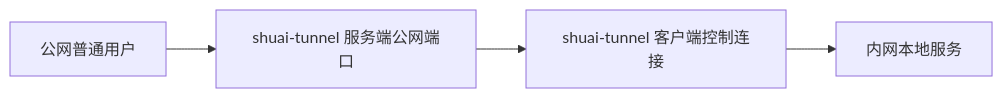
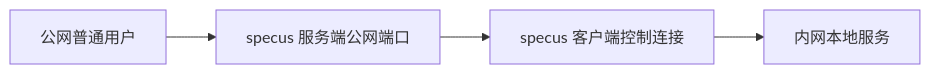
The first of 2 diagrams in docs/peer-mesh/direct-connect-hole-punching-research.md (devShuai/specus), drawn with Mermaid before and after one commit. The commit also changed other lines of this file and 26 other files, not shown here.

````diff
--- a/docs/peer-mesh/direct-connect-hole-punching-research.md
+++ b/docs/peer-mesh/direct-connect-hole-punching-research.md
@@ -28,6 +28,6 @@
 ```mermaid
 flowchart LR
-    U["公网普通用户"] --> S["shuai-tunnel 服务端公网端口"]
-    S --> C["shuai-tunnel 客户端控制连接"]
+    U["公网普通用户"] --> S["specus 服务端公网端口"]
+    S --> C["specus 客户端控制连接"]
     C --> L["内网本地服务"]
 ```
````
